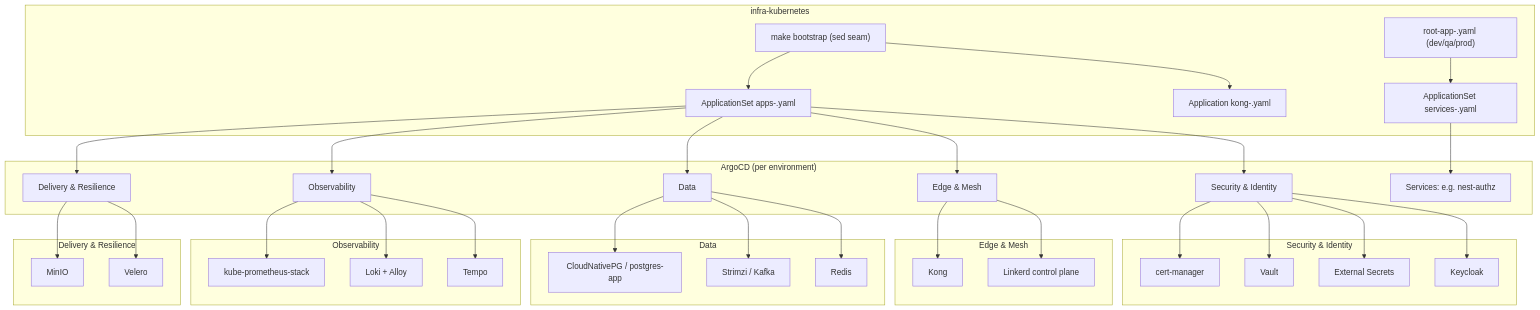
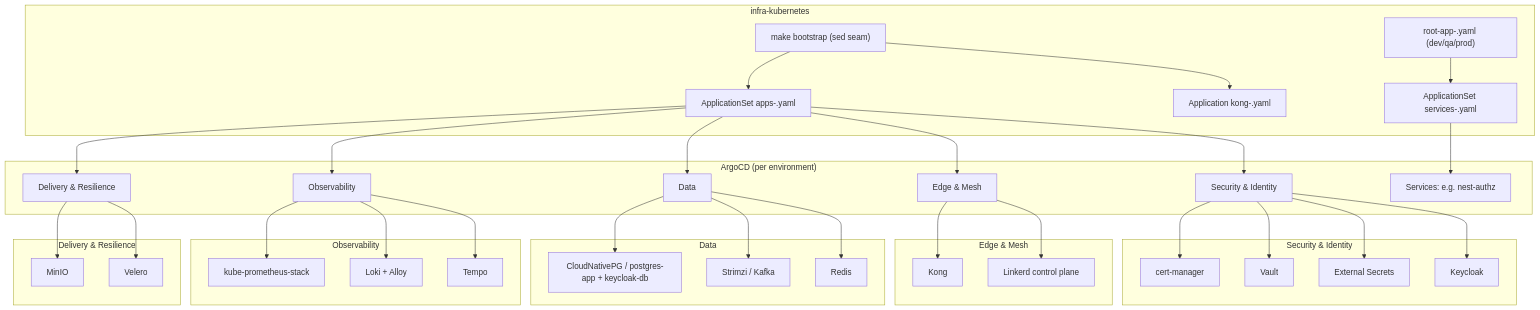
One commit to sca-templates/infra-kubernetes changed the first of 3 diagrams in docs/architecture.md. Above: the diagram before and after it, drawn with Mermaid. The commit also changed other lines of this file and 33 other files, not shown here.

First line of the commit message:
feat(db): deploy postgres-app and keycloak-db on CNPG (Phase 10) (#96)

````diff
--- a/docs/architecture.md
+++ b/docs/architecture.md
@@ -42,40 +43,40 @@
 ```mermaid
 graph TD
     subgraph Git["infra-kubernetes"]
         MK["make bootstrap (sed seam)"] --> B["ApplicationSet apps-<env>.yaml"]
         MK --> K["Application kong-<env>.yaml"]
         A["root-app-<env>.yaml (dev/qa/prod)"] --> S["ApplicationSet services-<env>.yaml"]
     end
     subgraph ArgoCD["ArgoCD (per environment)"]
         B --> C[Security & Identity]
         B --> D[Edge & Mesh]
         B --> E[Data]
         B --> F[Observability]
         B --> G[Delivery & Resilience]
         S --> SR[Services: e.g. nest-authz]
     end
     subgraph Security["Security & Identity"]
         C --> C1[cert-manager]
         C --> C2[Vault]
         C --> C3[External Secrets]
         C --> C4[Keycloak]
     end
     subgraph Edge["Edge & Mesh"]
         D --> D1[Kong]
         D --> D2[Linkerd control plane]
     end
     subgraph Data["Data"]
-        E --> E1[CloudNativePG / postgres-app]
+        E --> E1[CloudNativePG / postgres-app + keycloak-db]
         E --> E2[Strimzi / Kafka]
         E --> E3[Redis]
     end
     subgraph Obs["Observability"]
         F --> F1[kube-prometheus-stack]
         F --> F2[Loki + Alloy]
         F --> F3[Tempo]
     end
     subgraph Delivery["Delivery & Resilience"]
         G --> G1[MinIO]
         G --> G2[Velero]
     end
 ```
````
